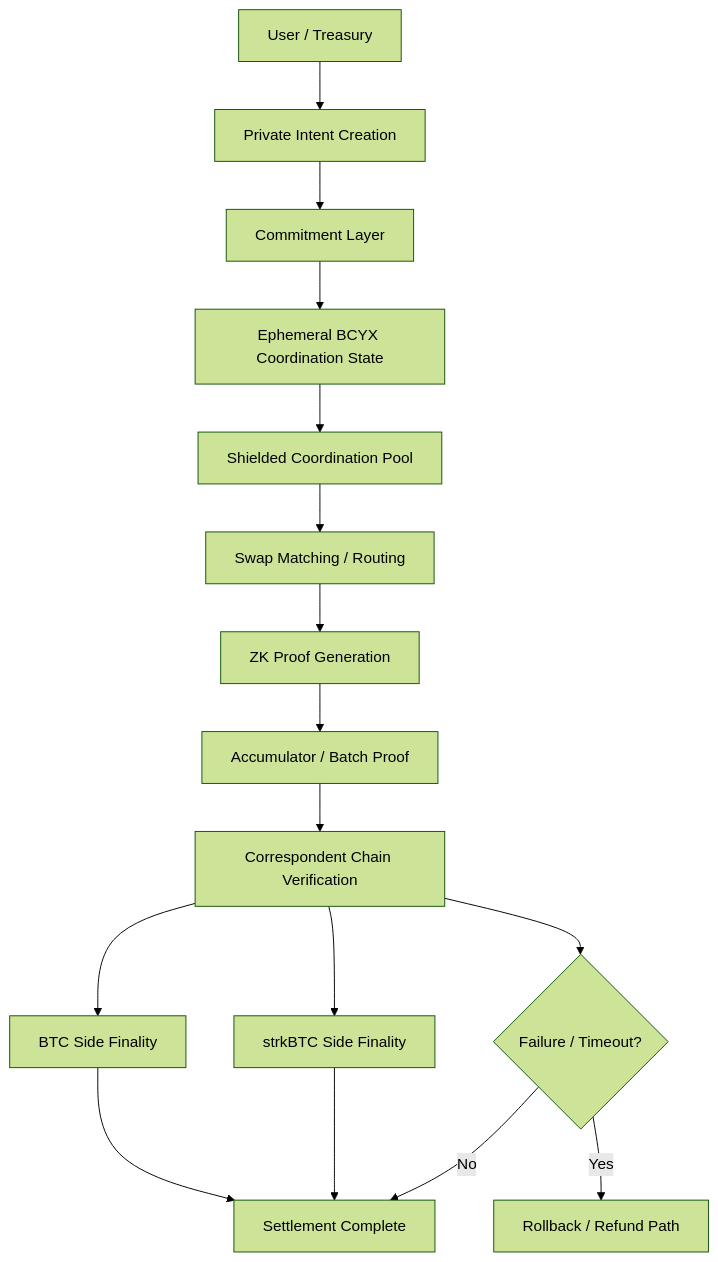
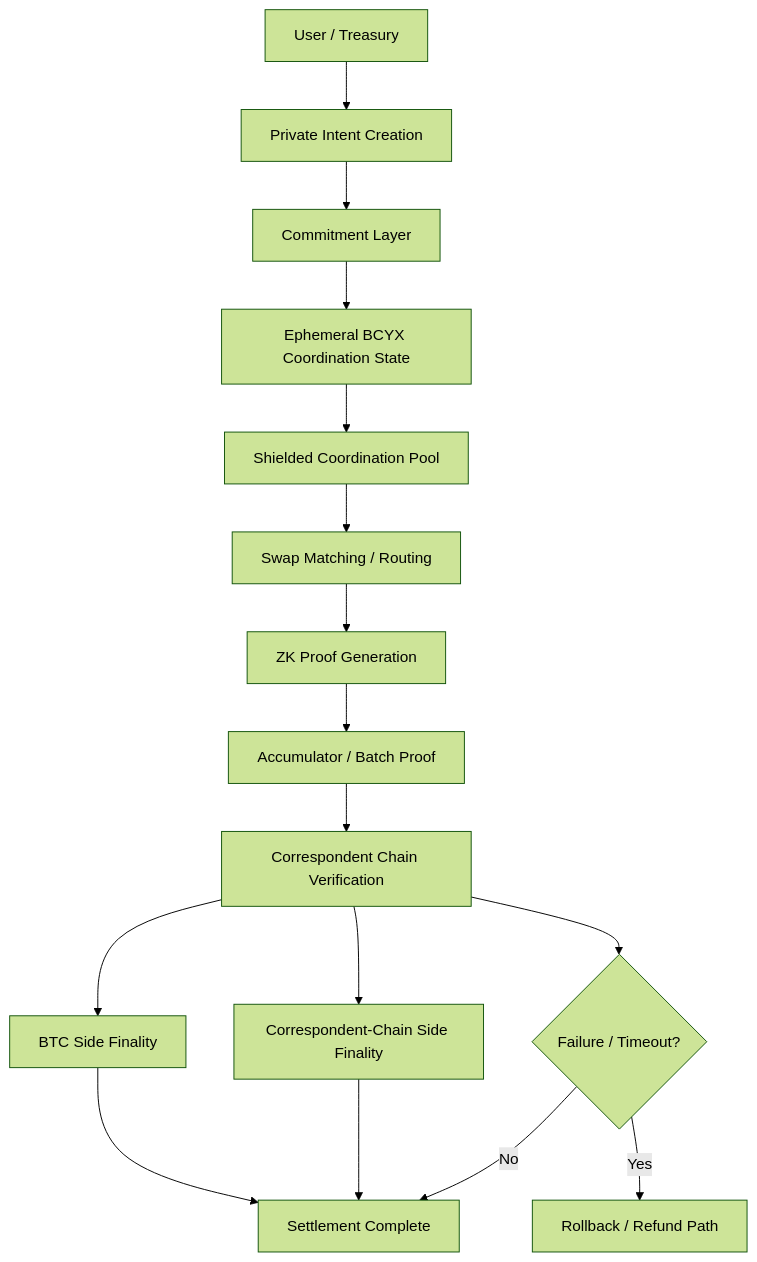
One commit to bcyx-protocol/docs changed the diagram in settlement-model.md. Above: the diagram before and after it, drawn with Mermaid (forest theme). The commit also changed other lines of this file and 9 other files, not shown here.

````diff
--- a/settlement-model.md
+++ b/settlement-model.md
@@ -73,26 +73,26 @@
 ```mermaid
 flowchart TD
 
 A[User / Treasury]
 --> B[Private Intent Creation]
 
 B --> C[Commitment Layer]
 C --> D[Ephemeral BCYX Coordination State]
 
 D --> E[Shielded Coordination Pool]
 E --> F[Swap Matching / Routing]
 
 F --> G[ZK Proof Generation]
 G --> H[Accumulator / Batch Proof]
 
 H --> I[Correspondent Chain Verification]
 I --> J[BTC Side Finality]
-I --> K[strkBTC Side Finality]
+I --> K[Correspondent-Chain Side Finality]
 
 J --> L[Settlement Complete]
 K --> L
 
 I --> M{Failure / Timeout?}
 M -- Yes --> N[Rollback / Refund Path]
 M -- No --> L
 ```
````
